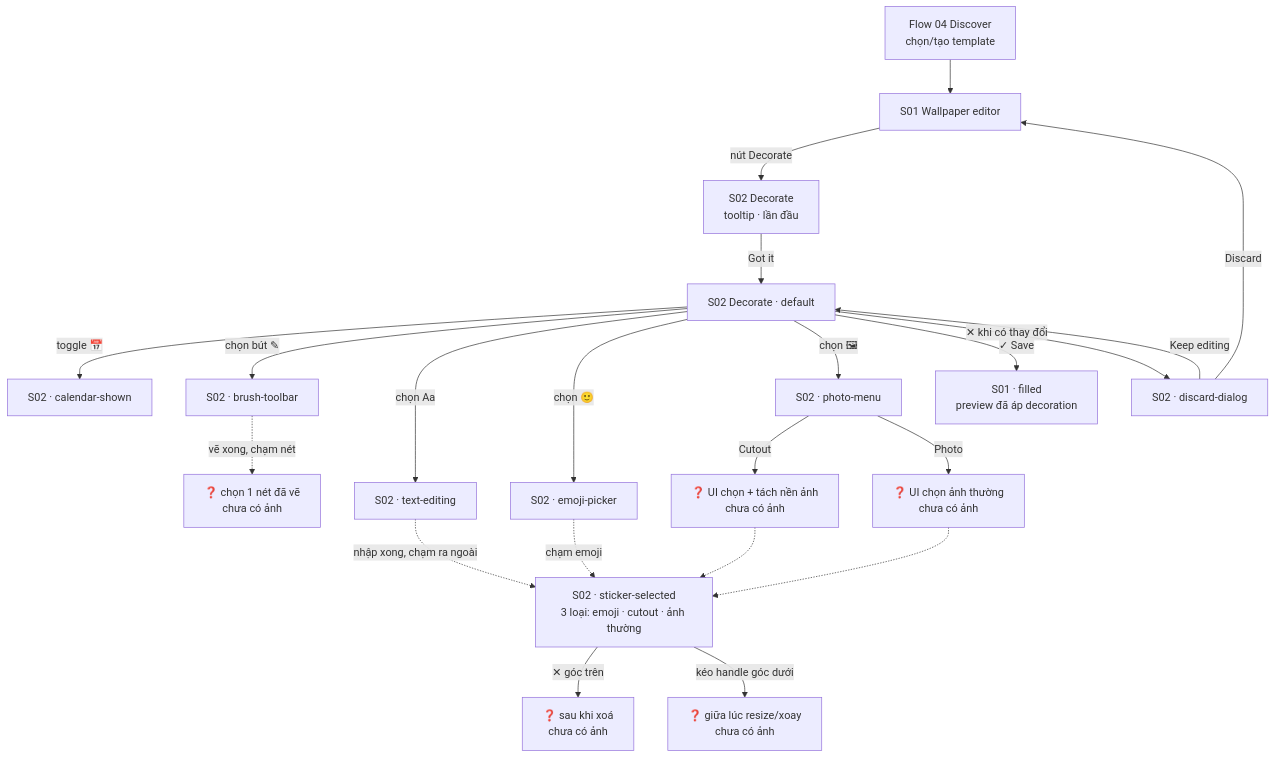
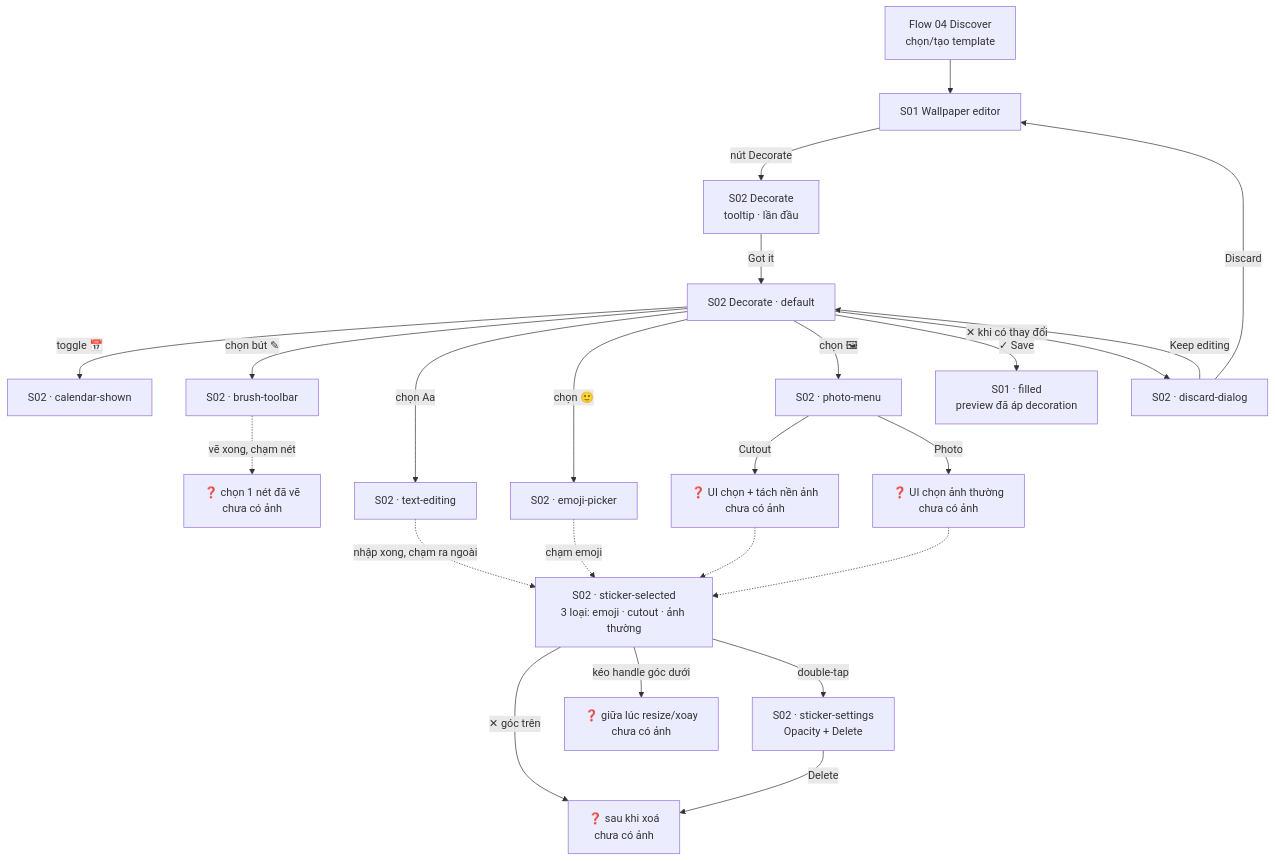
One commit to nhatanh410/cack_qc changed the diagram in requirements/ui/ux/wideframes/14_edit-wallpaper.md. Above: the diagram before and after it, drawn with Mermaid. The commit also changed other lines of this file and 9 other files, not shown here.

````diff
--- a/requirements/ui/ux/wideframes/14_edit-wallpaper.md
+++ b/requirements/ui/ux/wideframes/14_edit-wallpaper.md
@@ -14,24 +14,26 @@
 ```mermaid
 flowchart TD
     E1[Flow 04 Discover<br/>chọn/tạo template] --> S1[S01 Wallpaper editor]
     S1 -->|nút Decorate| S2T[S02 Decorate<br/>tooltip · lần đầu]
     S2T -->|Got it| S2[S02 Decorate · default]
     S2 -->|toggle 📅| S2CAL[S02 · calendar-shown]
     S2 -->|chọn bút ✎| S2BR[S02 · brush-toolbar]
     S2 -->|chọn Aa| S2TXT[S02 · text-editing]
     S2 -->|chọn 🙂| S2EMJ[S02 · emoji-picker]
     S2 -->|chọn 🖼| S2PH[S02 · photo-menu]
     S2PH -->|Cutout| CUT[❓ UI chọn + tách nền ảnh<br/>chưa có ảnh]
     S2PH -->|Photo| PHO[❓ UI chọn ảnh thường<br/>chưa có ảnh]
     CUT -.-> S2SEL
     PHO -.-> S2SEL
     S2BR -.->|vẽ xong, chạm nét| SELDRAW[❓ chọn 1 nét đã vẽ<br/>chưa có ảnh]
     S2TXT -.->|nhập xong, chạm ra ngoài| S2SEL
     S2EMJ -.->|chạm emoji| S2SEL[S02 · sticker-selected<br/>3 loại: emoji · cutout · ảnh thường]
     S2SEL -->|✕ góc trên| DELD[❓ sau khi xoá<br/>chưa có ảnh]
     S2SEL -->|kéo handle góc dưới| RESZ[❓ giữa lúc resize/xoay<br/>chưa có ảnh]
+    S2SEL -->|double-tap| S2SET[S02 · sticker-settings<br/>Opacity + Delete]
+    S2SET -->|Delete| DELD
     S2 -->|✓ Save| S1F[S01 · filled<br/>preview đã áp decoration]
     S2 -->|✕ khi có thay đổi| DISC[S02 · discard-dialog]
     DISC -->|Discard| S1
     DISC -->|Keep editing| S2
 ```
````
